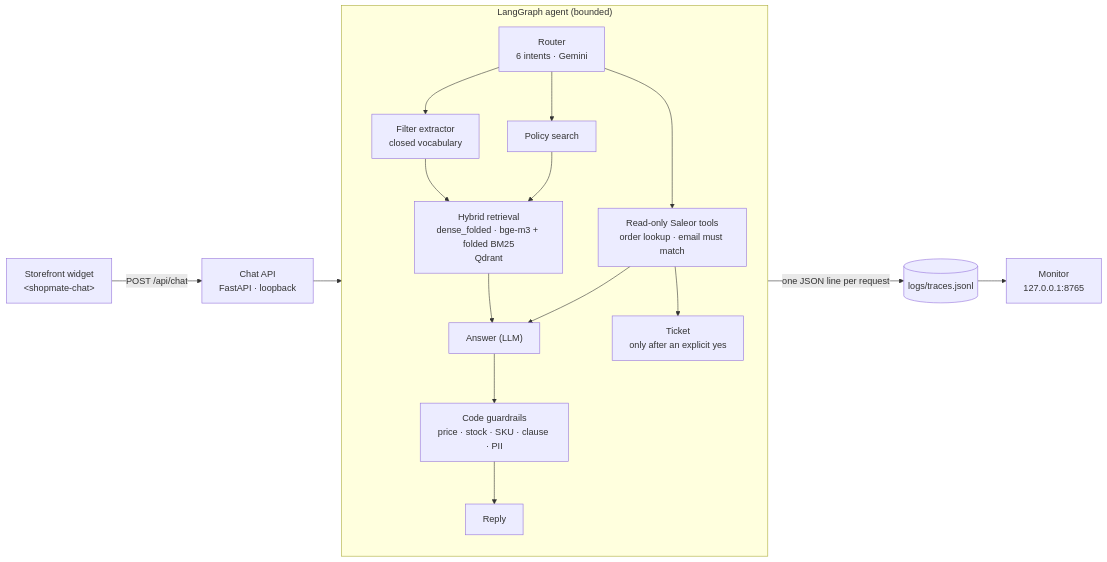
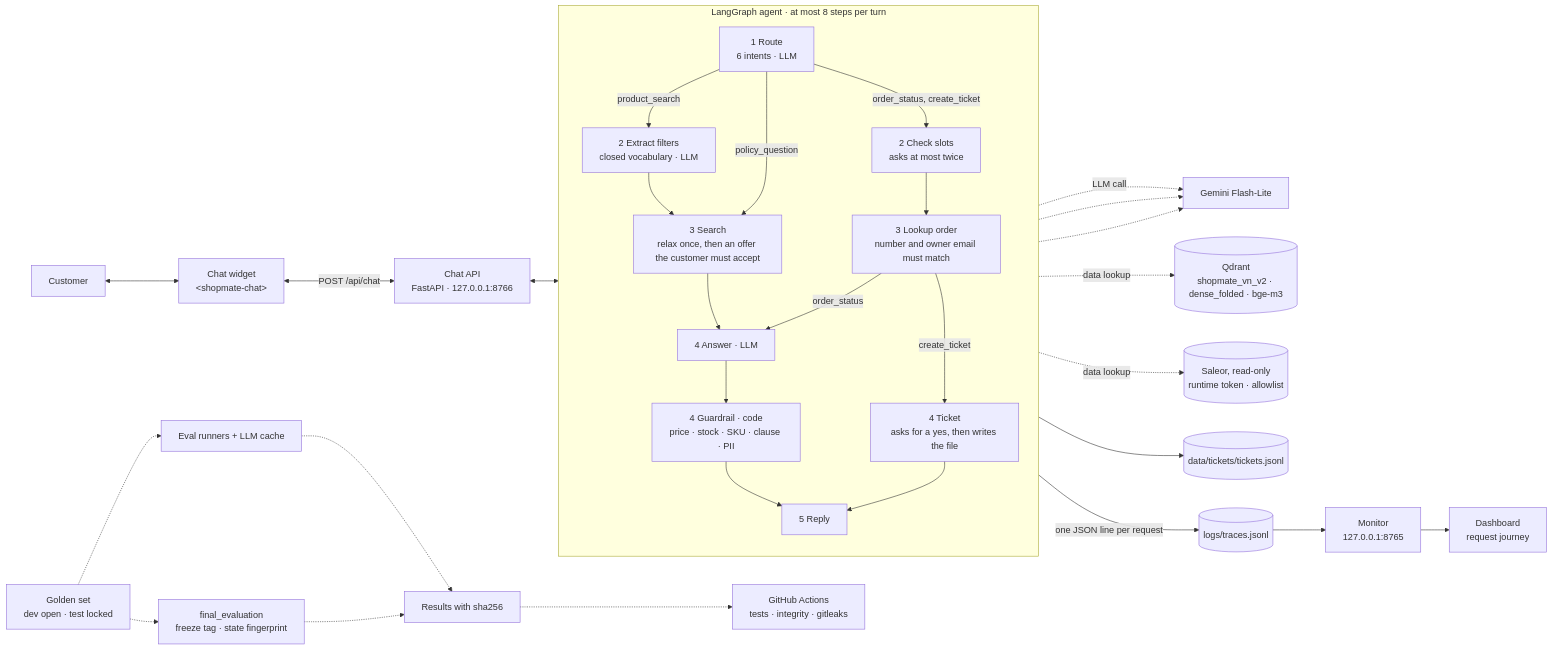
The diagram in README.md (duyentq-aie/shopmate), drawn with Mermaid before and after one commit. The commit also changed other lines of this file and 2 other files, not shown here.

Commit message:
docs: add architecture diagram to README

````diff
--- a/README.md
+++ b/README.md
@@ -24,20 +31,32 @@
 ```mermaid
 flowchart LR
-    W["Storefront widget<br/>&lt;shopmate-chat&gt;"] -->|"POST /api/chat"| API["Chat API<br/>FastAPI · loopback"]
-    API --> A
-    subgraph A["LangGraph agent (bounded)"]
+    C["Customer"] <--> W["Chat widget<br/>&lt;shopmate-chat&gt;"]
+    W <-->|"POST /api/chat"| API["Chat API<br/>FastAPI · 127.0.0.1:8766"]
+    API <--> A
+    subgraph A["LangGraph agent · at most 8 steps per turn"]
         direction TB
-        R["Router<br/>6 intents · Gemini"] --> E["Filter extractor<br/>closed vocabulary"]
-        R --> POL["Policy search"]
-        E --> RET["Hybrid retrieval<br/>dense_folded · bge-m3 + folded BM25<br/>Qdrant"]
-        POL --> RET
-        R --> TOOLS["Read-only Saleor tools<br/>order lookup · email must match"]
-        RET --> ANS["Answer (LLM)"]
-        TOOLS --> ANS
-        ANS --> G["Code guardrails<br/>price · stock · SKU · clause · PII"]
-        G --> OUT["Reply"]
-        TOOLS --> TK["Ticket<br/>only after an explicit yes"]
+        R["1 Route<br/>6 intents · LLM"]
+        R -->|product_search| E["2 Extract filters<br/>closed vocabulary · LLM"]
+        E --> S["3 Search<br/>relax once, then an offer the customer must accept"]
+        R -->|policy_question| S
+        R -->|"order_status, create_ticket"| CS["2 Check slots<br/>asks at most twice"]
+        CS --> LO["3 Lookup order<br/>number and owner email must match"]
+        S --> AN["4 Answer · LLM"]
+        LO -->|order_status| AN
+        AN --> G["4 Guardrail · code<br/>price · stock · SKU · clause · PII"]
+        G --> RP["5 Reply"]
+        LO -->|create_ticket| T["4 Ticket<br/>asks for a yes, then writes the file"]
+        T --> RP
     end
+    R -.->|LLM call| GEM["Gemini Flash-Lite"]
+    E -.-> GEM
+    AN -.-> GEM
+    S -.->|data lookup| Q[("Qdrant<br/>shopmate_vn_v2 · dense_folded · bge-m3")]
+    LO -.->|"data lookup"| SAL[("Saleor, read-only<br/>runtime token · allowlist")]
+    T --> TF[("data/tickets/tickets.jsonl")]
     A -->|"one JSON line per request"| TR[("logs/traces.jsonl")]
-    TR --> M["Monitor<br/>127.0.0.1:8765"]
+    TR --> M["Monitor<br/>127.0.0.1:8765"] --> D["Dashboard<br/>request journey"]
+    GS["Golden set<br/>dev open · test locked"] -.-> EV["Eval runners + LLM cache"] -.-> RES["Results with sha256"]
+    GS -.-> FE["final_evaluation<br/>freeze tag · state fingerprint"] -.-> RES
+    RES -.-> CI["GitHub Actions<br/>tests · integrity · gitleaks"]
 ```
````
